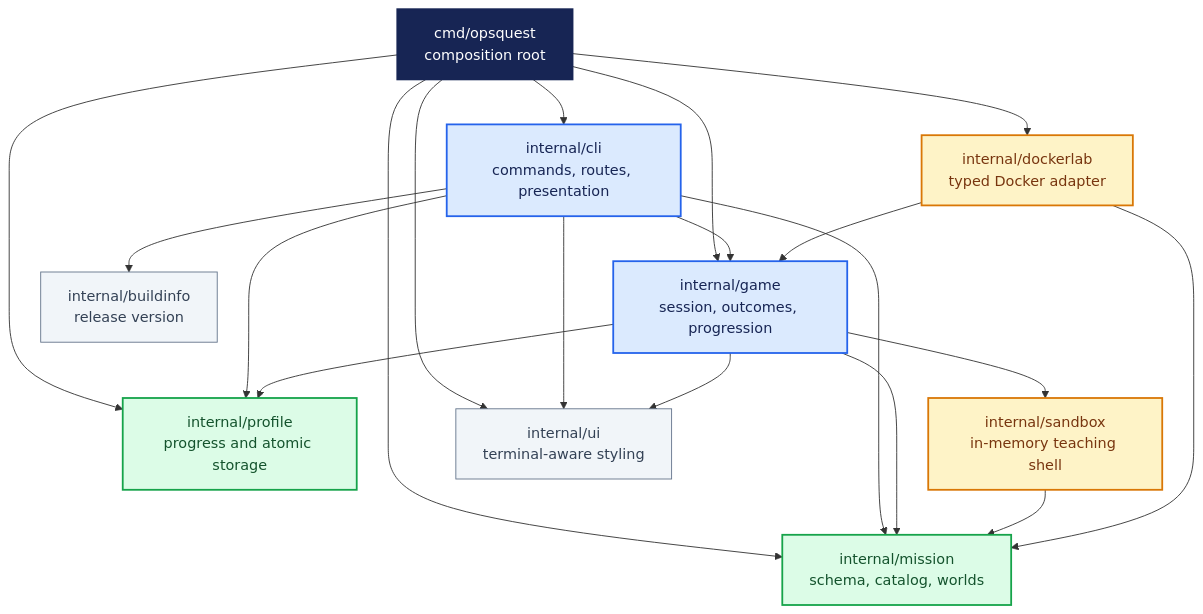
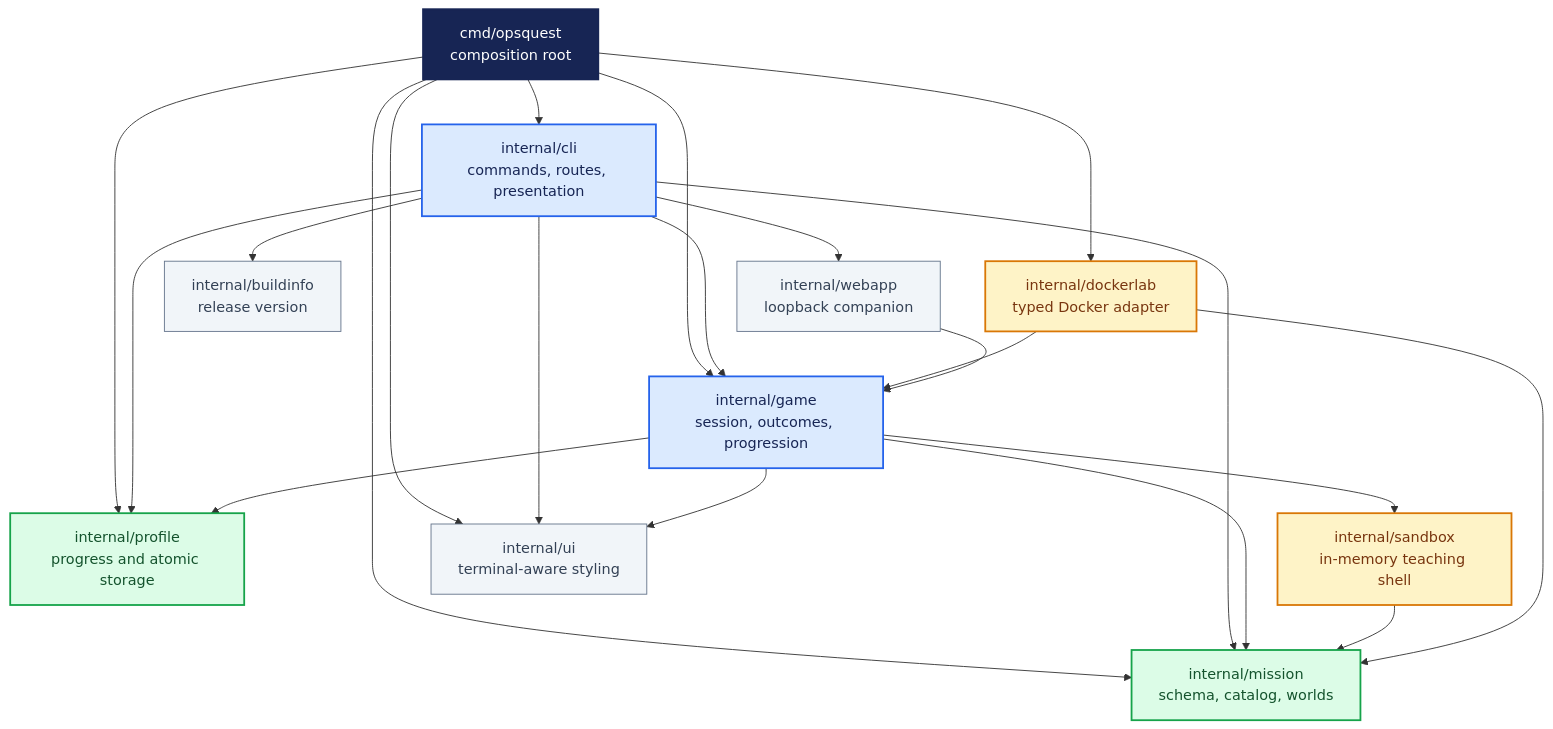
Before and after one commit to Aleksandergreg/go-cli-tool: the diagram in docs/technical/diagrams/component-architecture.mmd, drawn with Mermaid. The commit also changed 26 other files, not shown here.

```diff
--- a/docs/technical/diagrams/component-architecture.mmd
+++ b/docs/technical/diagrams/component-architecture.mmd
@@ -1,45 +1,48 @@
 %% Editable source for the rendered SVG beside this file.
 flowchart TB
     MAIN["cmd/opsquest<br/>composition root"]
     CLI["internal/cli<br/>commands, routes, presentation"]
     GAME["internal/game<br/>session, outcomes, progression"]
     MISSION["internal/mission<br/>schema, catalog, worlds"]
     PROFILE["internal/profile<br/>progress and atomic storage"]
     SANDBOX["internal/sandbox<br/>in-memory teaching shell"]
     DOCKER["internal/dockerlab<br/>typed Docker adapter"]
+    WEB["internal/webapp<br/>loopback companion"]
     UI["internal/ui<br/>terminal-aware styling"]
     BUILD["internal/buildinfo<br/>release version"]
 
     MAIN --> CLI
     MAIN --> MISSION
     MAIN --> PROFILE
     MAIN --> GAME
     MAIN --> DOCKER
     MAIN --> UI
 
     CLI --> BUILD
     CLI --> GAME
     CLI --> MISSION
     CLI --> PROFILE
     CLI --> UI
+    CLI --> WEB
 
     GAME --> MISSION
     GAME --> PROFILE
     GAME --> SANDBOX
     GAME --> UI
 
     SANDBOX --> MISSION
     DOCKER --> GAME
     DOCKER --> MISSION
+    WEB --> GAME
 
     classDef entry fill:#172554,color:#ffffff,stroke:#172554,stroke-width:2px
     classDef orchestration fill:#dbeafe,color:#172554,stroke:#2563eb,stroke-width:2px
     classDef domain fill:#dcfce7,color:#14532d,stroke:#16a34a,stroke-width:2px
     classDef adapter fill:#fef3c7,color:#78350f,stroke:#d97706,stroke-width:2px
     classDef support fill:#f1f5f9,color:#334155,stroke:#64748b,stroke-width:1px
 
     class MAIN entry
     class CLI,GAME orchestration
     class MISSION,PROFILE domain
     class SANDBOX,DOCKER adapter
-    class UI,BUILD support
+    class UI,BUILD,WEB support
```
